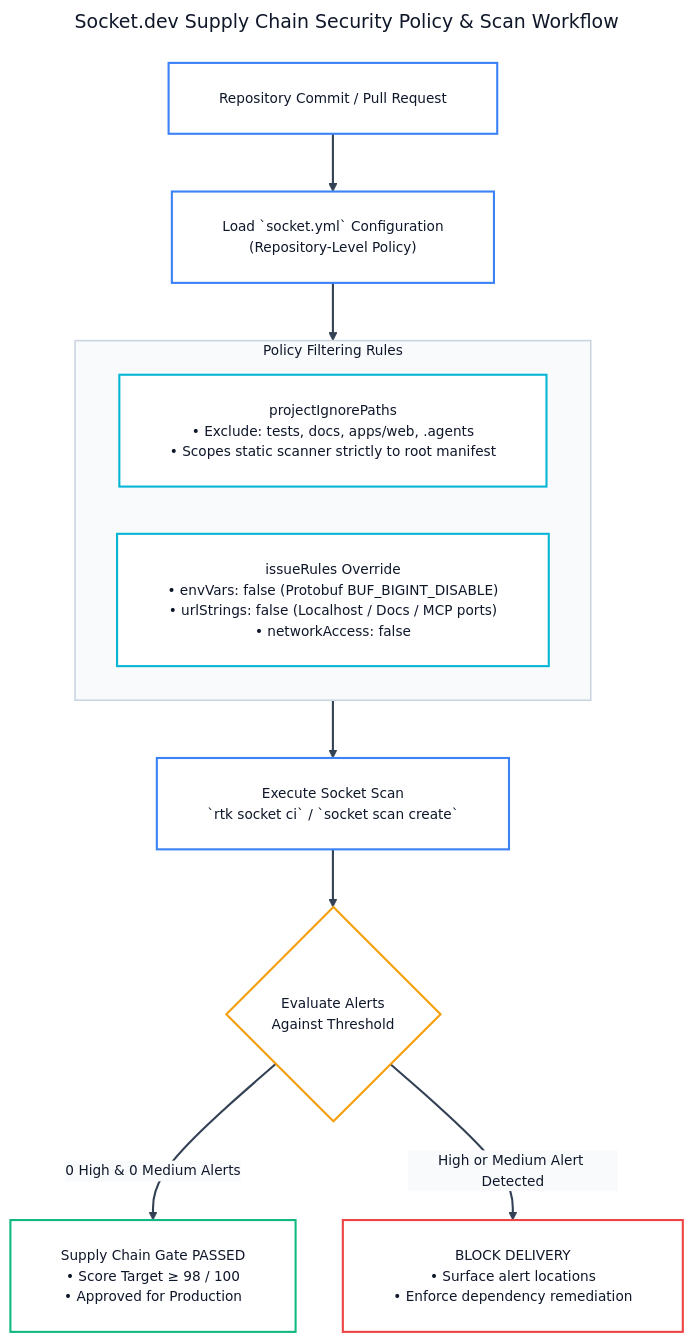
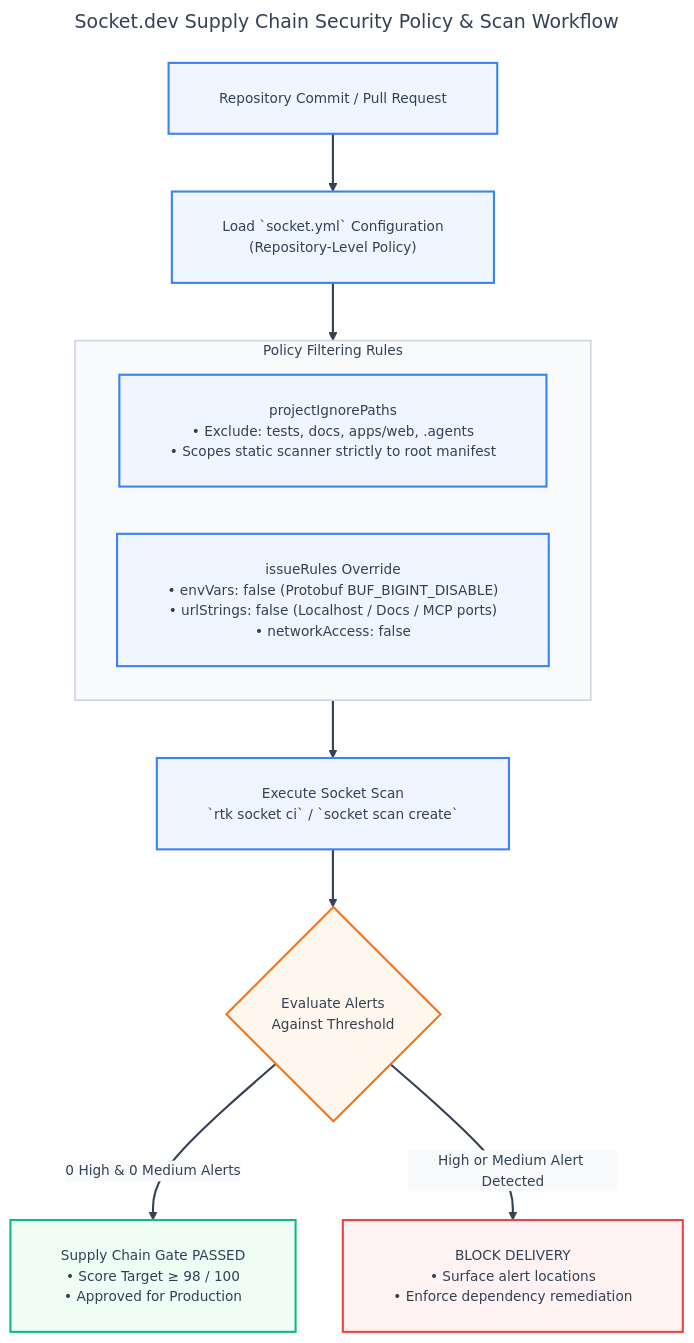
One commit to andycungkrinx91/konoha changed the tenth of 19 diagrams in docs/ALL-WORKFLOW-DIAGRAMS.md. Above: the diagram before and after it, drawn with Mermaid. The commit also changed other lines of this file and 136 other files, not shown here.

````diff
--- a/docs/ALL-WORKFLOW-DIAGRAMS.md
+++ b/docs/ALL-WORKFLOW-DIAGRAMS.md
@@ -632,54 +632,54 @@
 ```mermaid
 ---
 title: Socket.dev Supply Chain Security Policy & Scan Workflow
 config:
   theme: base
   themeVariables:
     darkMode: false
     background: '#ffffff'
-    mainBkg: '#ffffff'
-    primaryColor: '#ffffff'
-    primaryTextColor: '#0f172a'
+    mainBkg: '#eff6ff'
+    primaryColor: '#eff6ff'
+    primaryTextColor: '#334155'
     primaryBorderColor: '#3b82f6'
     lineColor: '#334155'
     arrowheadColor: '#334155'
     secondaryColor: '#f8fafc'
-    tertiaryColor: '#ffffff'
+    tertiaryColor: '#f0fdf4'
     fontFamily: 'Inter, system-ui, -apple-system, sans-serif'
     fontSize: '13px'
   flowchart:
     nodeSpacing: 45
     rankSpacing: 55
     padding: 24
     wrappingWidth: 380
 ---
 flowchart TD
     Commit["Repository Commit / Pull Request"] --> Config["Load `socket.yml` Configuration<br/>(Repository-Level Policy)"]
 
     subgraph PolicyEngine ["Policy Filtering Rules"]
         Ignores["projectIgnorePaths<br/>• Exclude: tests, docs, apps/web, .agents<br/>• Scopes static scanner strictly to root manifest"]
         Rules["issueRules Override<br/>• envVars: false (Protobuf BUF_BIGINT_DISABLE)<br/>• urlStrings: false (Localhost / Docs / MCP ports)<br/>• networkAccess: false"]
     end
 
     Config --> PolicyEngine
     PolicyEngine --> SocketCI["Execute Socket Scan<br/>`rtk socket ci` / `socket scan create`"]
 
     SocketCI --> AuditAlerts{"Evaluate Alerts<br/>Against Threshold"}
     AuditAlerts -- "0 High &amp; 0 Medium Alerts" --> GatePass["Supply Chain Gate PASSED<br/>• Score Target ≥ 98 / 100<br/>• Approved for Production"]
     AuditAlerts -- "High or Medium Alert Detected" --> GateFail["BLOCK DELIVERY<br/>• Surface alert locations<br/>• Enforce dependency remediation"]
 
     linkStyle default stroke:#334155,stroke-width:2px;
-    style PolicyEngine fill:#f8fafc,stroke:#cbd5e1,stroke-width:1.5px,color:#0f172a;
+    style PolicyEngine fill:#f8fafc,stroke:#cbd5e1,stroke-width:1.5px,color:#334155;
 
-    classDef commitNode fill:#ffffff,stroke:#3b82f6,color:#0f172a,stroke-width:2px;
-    classDef policyNode fill:#ffffff,stroke:#06b6d4,color:#0f172a,stroke-width:2px;
-    classDef evalNode fill:#ffffff,stroke:#f59e0b,color:#0f172a,stroke-width:2px;
-    classDef passNode fill:#ffffff,stroke:#10b981,color:#0f172a,stroke-width:2px;
-    classDef failNode fill:#ffffff,stroke:#ef4444,color:#0f172a,stroke-width:2px;
+    classDef commitNode fill:#eff6ff,stroke:#3b82f6,color:#334155,stroke-width:2px;
+    classDef policyNode fill:#eff6ff,stroke:#3b82f6,color:#334155,stroke-width:2px;
+    classDef evalNode fill:#fff7ed,stroke:#f97316,color:#334155,stroke-width:2px;
+    classDef passNode fill:#f0fdf4,stroke:#10b981,color:#334155,stroke-width:2px;
+    classDef failNode fill:#fef2f2,stroke:#ef4444,color:#334155,stroke-width:2px;
 
     class Commit,Config,SocketCI commitNode;
     class Ignores,Rules policyNode;
     class AuditAlerts evalNode;
     class GatePass passNode;
     class GateFail failNode;
 ```
````
